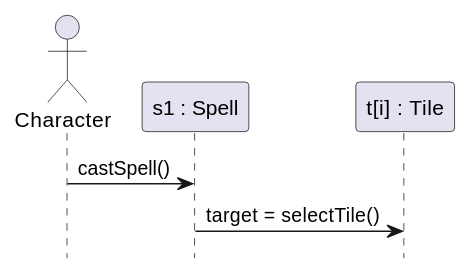
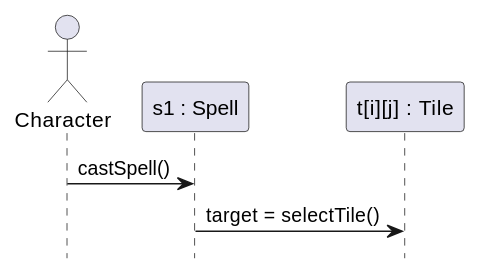
One commit to dgoldman30/Dungeon_Crawler changed the fifth of 7 diagrams in doc/design.md. Above: the diagram before and after it, drawn with PlantUML. The commit also changed other lines of this file and 1 other file, not shown here.

````diff
--- a/doc/design.md
+++ b/doc/design.md
@@ -143,14 +140,14 @@
 ```plantuml
 @startuml
 
 hide footbox
 
 actor Character
 participant "s1 : Spell" as spell
-participant "t[i] : Tile" as target
+participant "t[i][j] : Tile" as target
 
 Character -> spell : castSpell()
 spell -> target : target = selectTile()
 
 @enduml
 ```
````
